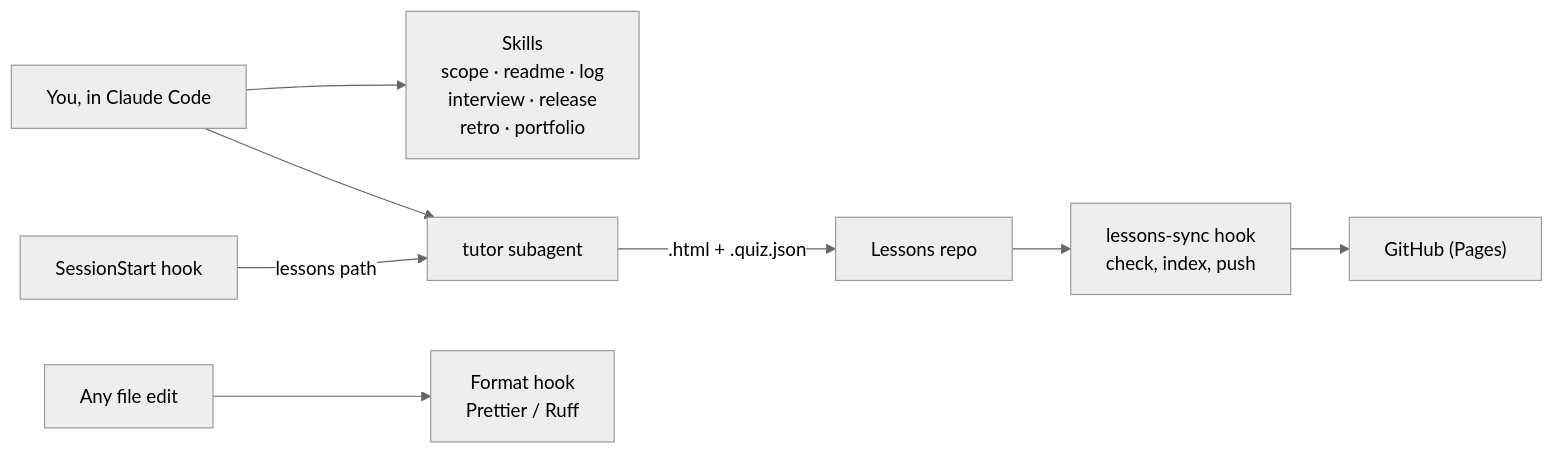
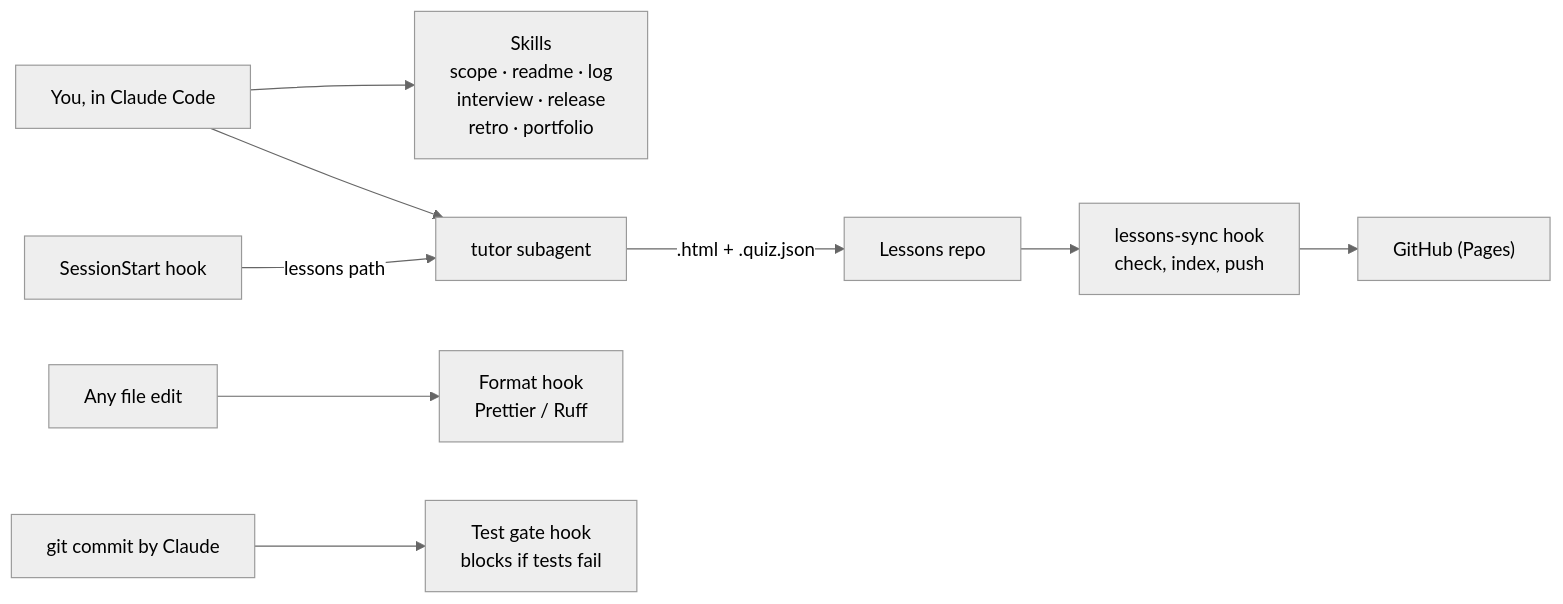
Before and after one commit to E54Sacha/claude-dev-toolkit: the diagram in README.md, drawn with Mermaid (neutral theme). The commit also changed other lines of this file and 5 other files, not shown here.

Commit message:
Add test gate hook: block git commit when the repo's tests fail (habit-tracker)

````diff
--- a/README.md
+++ b/README.md
@@ -43,10 +44,11 @@
 ```mermaid
 flowchart LR
   You["You, in Claude Code"] --> Skills["Skills<br/>scope · readme · log<br/>interview · release<br/>retro · portfolio"]
   You --> Tutor["tutor subagent"]
   Start["SessionStart hook"] -->|lessons path| Tutor
   Tutor -->|".html + .quiz.json"| Lessons["Lessons repo"]
   Lessons --> Sync["lessons-sync hook<br/>check, index, push"]
   Sync --> GitHub["GitHub (Pages)"]
   Edit["Any file edit"] --> Format["Format hook<br/>Prettier / Ruff"]
+  Commit["git commit by Claude"] --> Gate["Test gate hook<br/>blocks if tests fail"]
 ```
````
